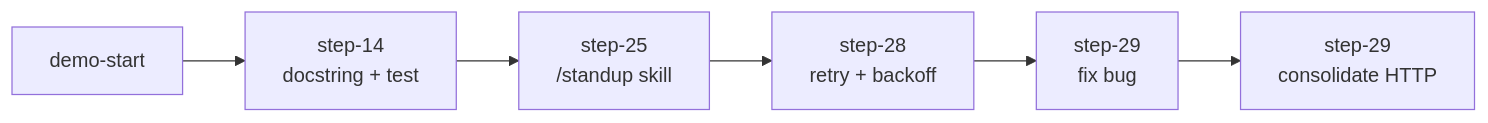
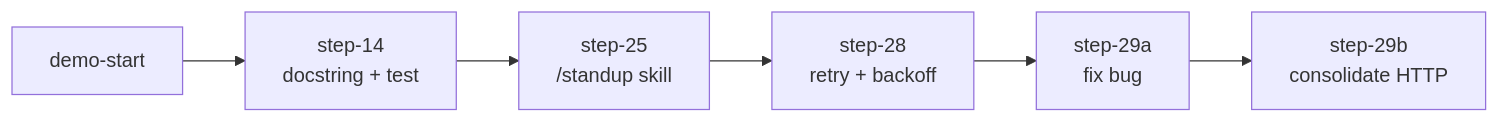
The diagram in README.md (engr-krooozy/agy-devfest-workshop), drawn with Mermaid before and after one commit.

Commit message:
docs: mermaid labels

````diff
--- a/README.md
+++ b/README.md
@@ -31,8 +31,8 @@
 ```mermaid
 flowchart LR
     A[demo-start] --> B[step-14<br/>docstring + test]
     B --> C[step-25<br/>/standup skill]
     C --> D[step-28<br/>retry + backoff]
-    D --> E[step-29<br/>fix bug]
-    E --> F[step-29<br/>consolidate HTTP]
+    D --> E[step-29a<br/>fix bug]
+    E --> F[step-29b<br/>consolidate HTTP]
 ```
````
